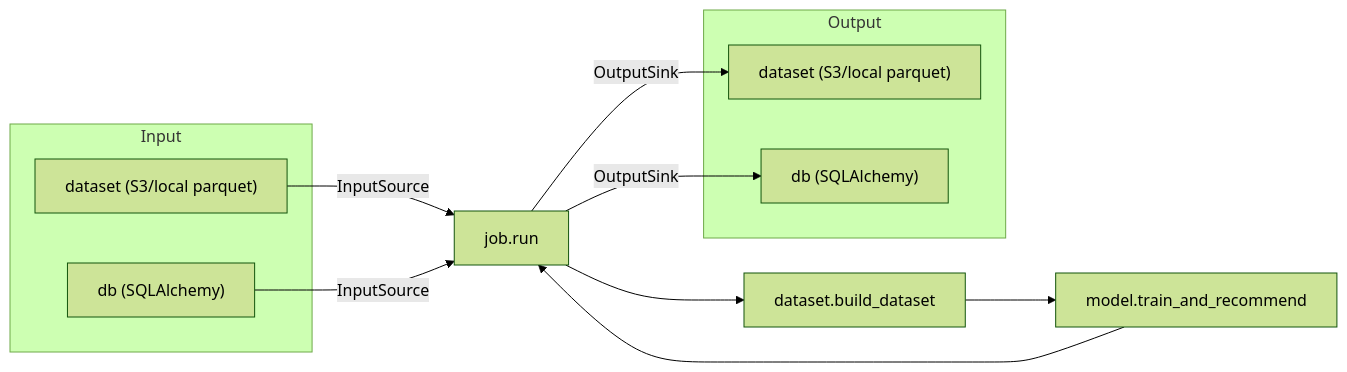
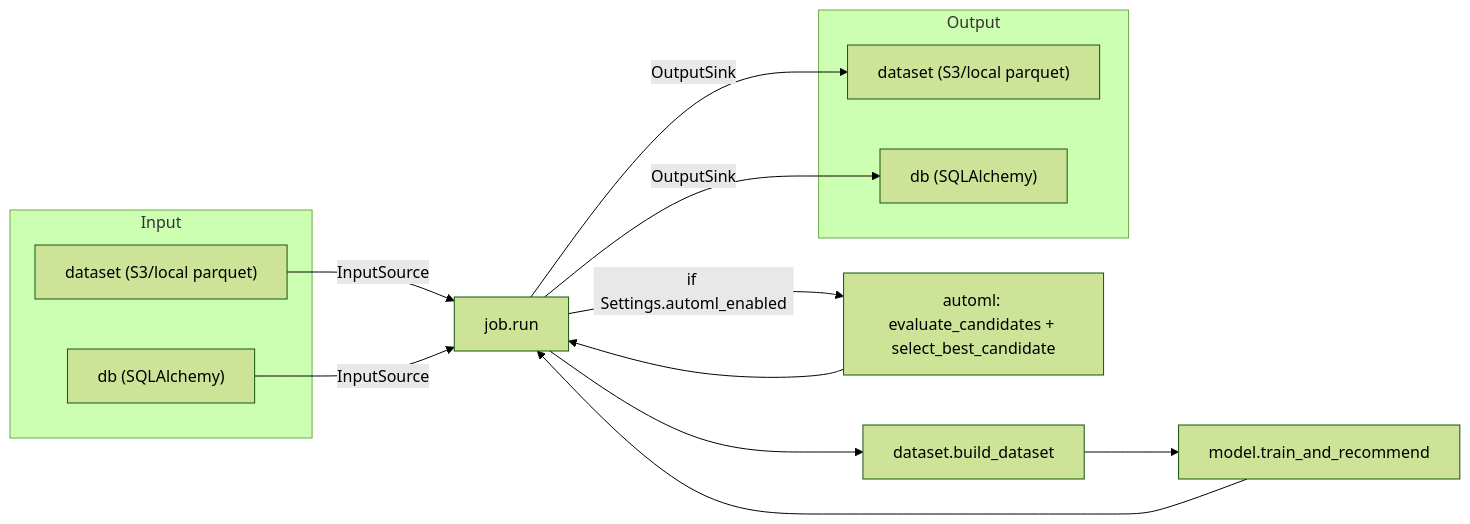
One commit to torbido-hq/cicerone changed the diagram in docs/architecture.md. Above: the diagram before and after it, drawn with Mermaid (forest theme). The commit also changed other lines of this file and 13 other files, not shown here.

````diff
--- a/docs/architecture.md
+++ b/docs/architecture.md
@@ -25,18 +28,20 @@
 ```mermaid
 flowchart LR
     subgraph Input
         S3["dataset (S3/local parquet)"]
         DB1["db (SQLAlchemy)"]
     end
     S3 -->|InputSource| J[job.run]
     DB1 -->|InputSource| J
+    J -->|if Settings.automl_enabled| A[automl: evaluate_candidates + select_best_candidate]
+    A --> J
     J --> D[dataset.build_dataset]
     D --> M[model.train_and_recommend]
     M --> J
     subgraph Output
         S3O["dataset (S3/local parquet)"]
         DB2["db (SQLAlchemy)"]
     end
     J -->|OutputSink| S3O
     J -->|OutputSink| DB2
 ```
````
